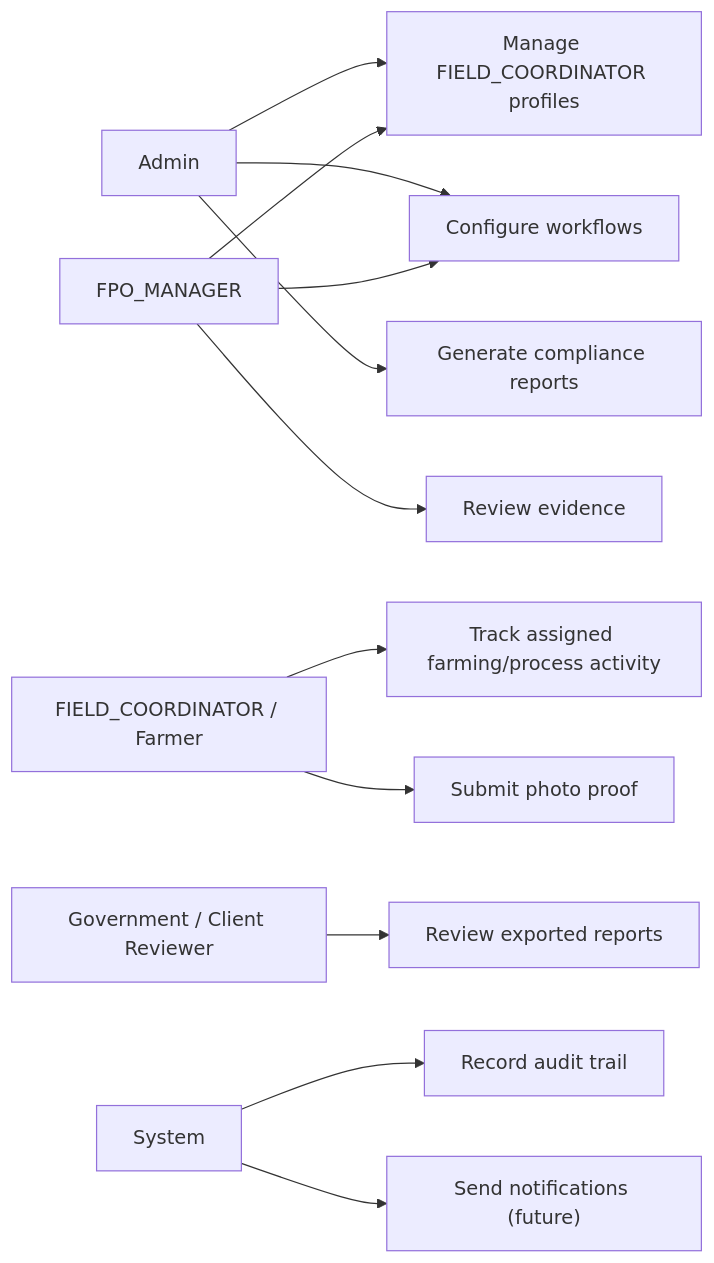
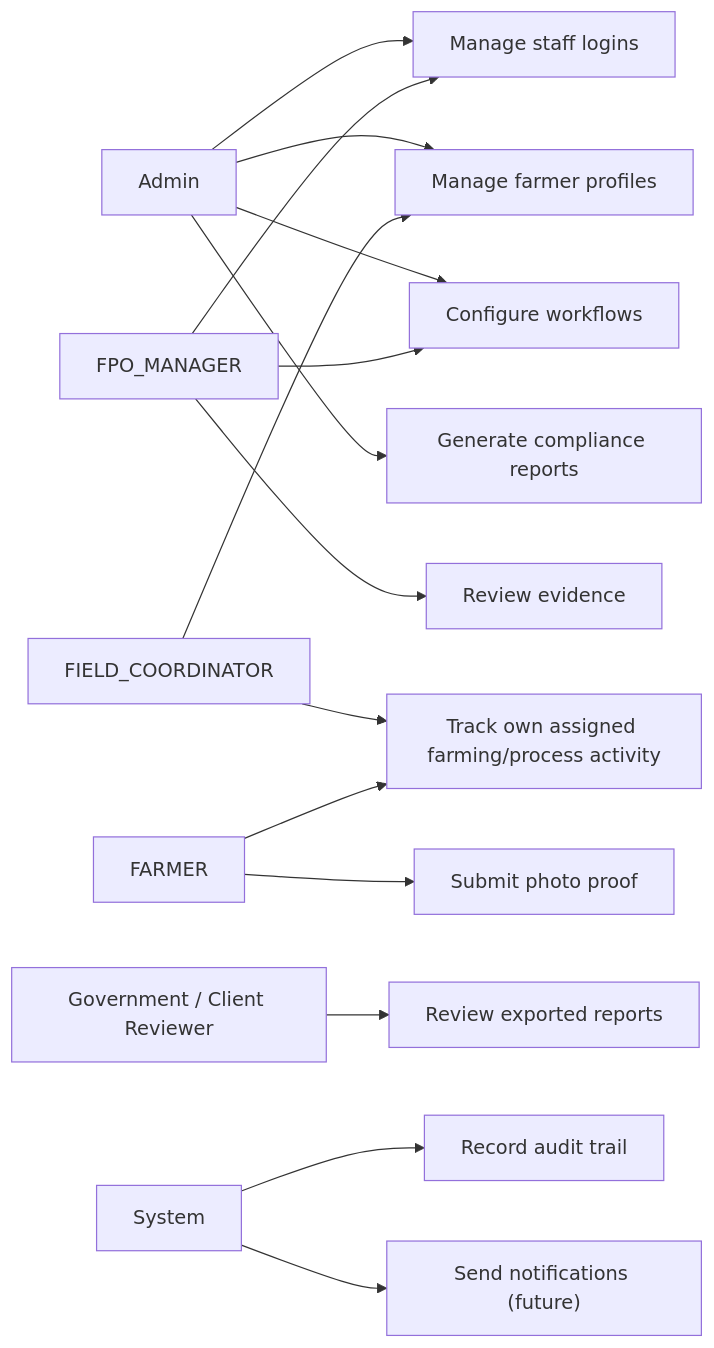
The first of 3 diagrams in docs/use-cases.md (korearun5/activity-compliance), drawn with Mermaid before and after one commit. The commit also changed other lines of this file and 24 other files, not shown here.

````diff
--- a/docs/use-cases.md
+++ b/docs/use-cases.md
@@ -5,20 +5,24 @@
 ```mermaid
 flowchart LR
     Admin["Admin"]
     FPO_MANAGER["FPO_MANAGER"]
-    FIELD_COORDINATOR["FIELD_COORDINATOR / Farmer"]
+    FIELD_COORDINATOR["FIELD_COORDINATOR"]
+    Farmer["FARMER"]
     Government["Government / Client Reviewer"]
     System["System"]
 
-    Admin --> UserMgmt["Manage FIELD_COORDINATOR profiles"]
+    Admin --> UserMgmt["Manage staff logins"]
+    Admin --> FarmerMgmt["Manage farmer profiles"]
     Admin --> WorkflowMgmt["Configure workflows"]
     Admin --> ReportMgmt["Generate compliance reports"]
     FPO_MANAGER --> UserMgmt
     FPO_MANAGER --> WorkflowMgmt
     FPO_MANAGER --> EvidenceReview["Review evidence"]
-    FIELD_COORDINATOR --> ActivityTracking["Track assigned farming/process activity"]
-    FIELD_COORDINATOR --> EvidenceSubmit["Submit photo proof"]
+    FIELD_COORDINATOR --> FarmerMgmt
+    FIELD_COORDINATOR --> ActivityTracking["Track own assigned farming/process activity"]
+    Farmer --> ActivityTracking
+    Farmer --> EvidenceSubmit["Submit photo proof"]
     Government --> ReportView["Review exported reports"]
     System --> AuditTrail["Record audit trail"]
     System --> Notifications["Send notifications (future)"]
 ```
````
